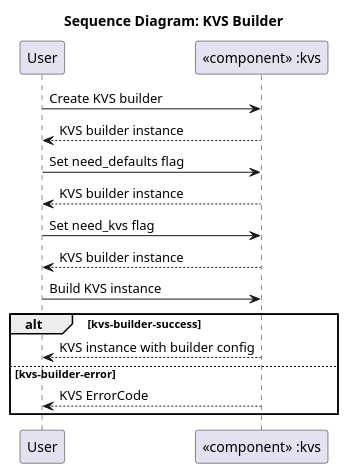
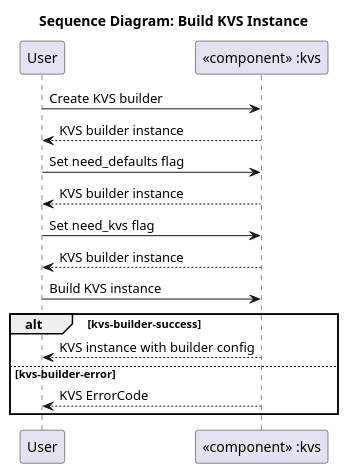
Before and after one commit to umaucher/score: the diagram in docs/features/persistency/kvs/architecture/_assets/kvs_dyn_builder.puml, drawn with PlantUML. The commit also changed 6 other files, not shown here.

Commit message:
persistency_kvs: integrated review comments from feature architecture

```diff
--- a/docs/features/persistency/kvs/architecture/_assets/kvs_dyn_builder.puml
+++ b/docs/features/persistency/kvs/architecture/_assets/kvs_dyn_builder.puml
@@ -1,25 +1,25 @@
 @startuml
 
-title Sequence Diagram: KVS Builder
+title Sequence Diagram: Build KVS Instance
 
 participant "User" as actor
 participant "«component» :kvs" as kvs
 
 actor -> kvs: Create KVS builder
 kvs --> actor: KVS builder instance
 
 actor -> kvs: Set need_defaults flag
 kvs --> actor: KVS builder instance
 
 actor -> kvs: Set need_kvs flag
 kvs --> actor: KVS builder instance
 
 actor -> kvs: Build KVS instance
 
 alt kvs-builder-success
     kvs --> actor: KVS instance with builder config
 else kvs-builder-error
     kvs --> actor: KVS ErrorCode
 end
 
 @enduml
```
